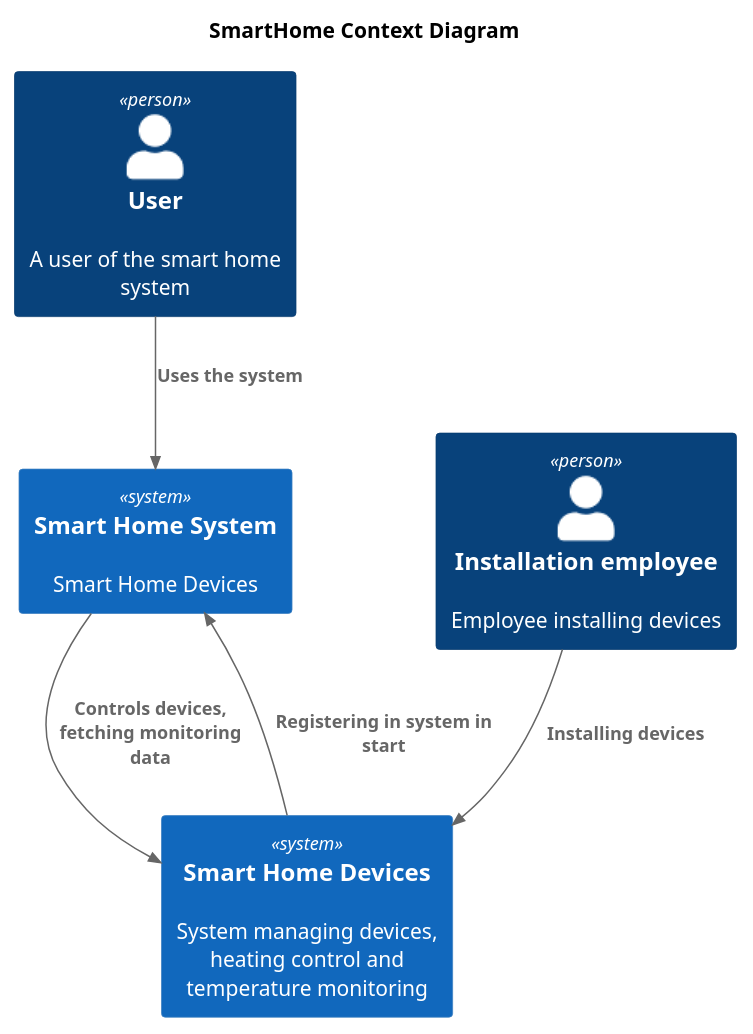
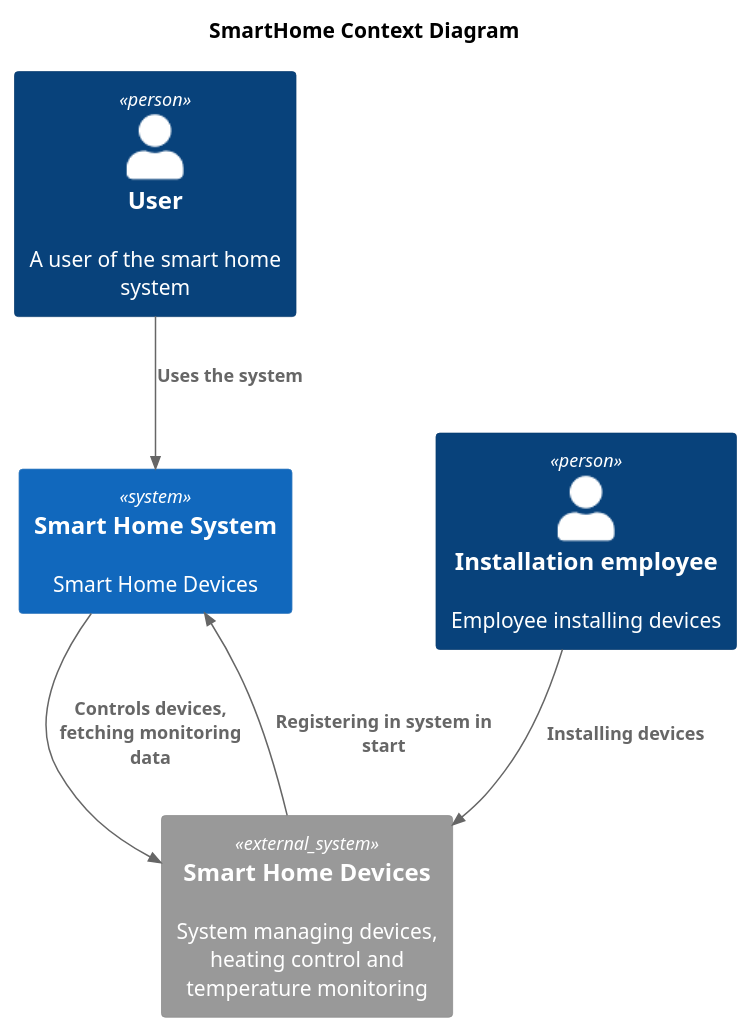
Before and after one commit to drunkendolphin2-ai/architecture-warmhouse: the diagram in diagrams/context/SmartHome_Context.puml, drawn with PlantUML. The commit also changed 1 other file, not shown here.

Commit message:
изменил домены + пофиксил диаграмму

```diff
--- a/diagrams/context/SmartHome_Context.puml
+++ b/diagrams/context/SmartHome_Context.puml
@@ -1,18 +1,18 @@
 @startuml
 title SmartHome Context Diagram
 
 top to bottom direction
 
-!includeurl https://raw.githubusercontent.com/RicardoNiepel/C4-PlantUML/master/C4_Component.puml
+!includeurl https://raw.githubusercontent.com/RicardoNiepel/C4-PlantUML/master/C4_Context.puml
 
 Person(user, "User", "A user of the smart home system")
 Person(employee, "Installation employee", "Employee installing devices")
-System(SmartHomeDevices, "Smart Home Devices", "System managing devices, heating control and temperature monitoring")
+System_Ext(SmartHomeDevices, "Smart Home Devices", "System managing devices, heating control and temperature monitoring")
 System(SmartHomeSystem, "Smart Home System", "Smart Home Devices")
 
 Rel(user, SmartHomeSystem, "Uses the system")
 Rel(employee,SmartHomeDevices,"Installing devices")
 Rel(SmartHomeSystem,SmartHomeDevices,"Controls devices, fetching monitoring data")
 Rel(SmartHomeDevices,SmartHomeSystem,"Registering in system in start")
 
 @enduml
```
